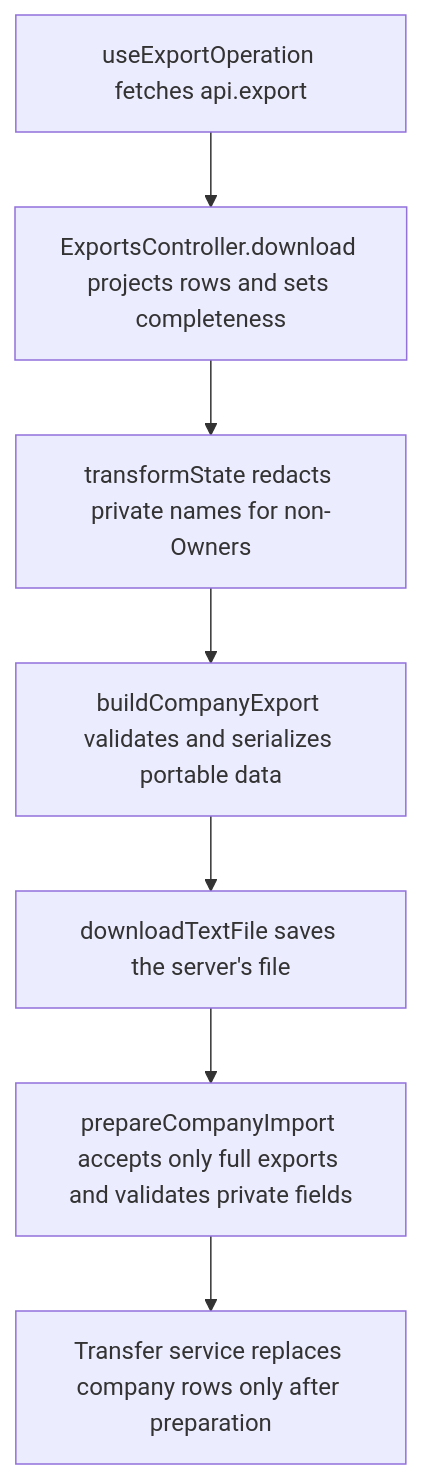
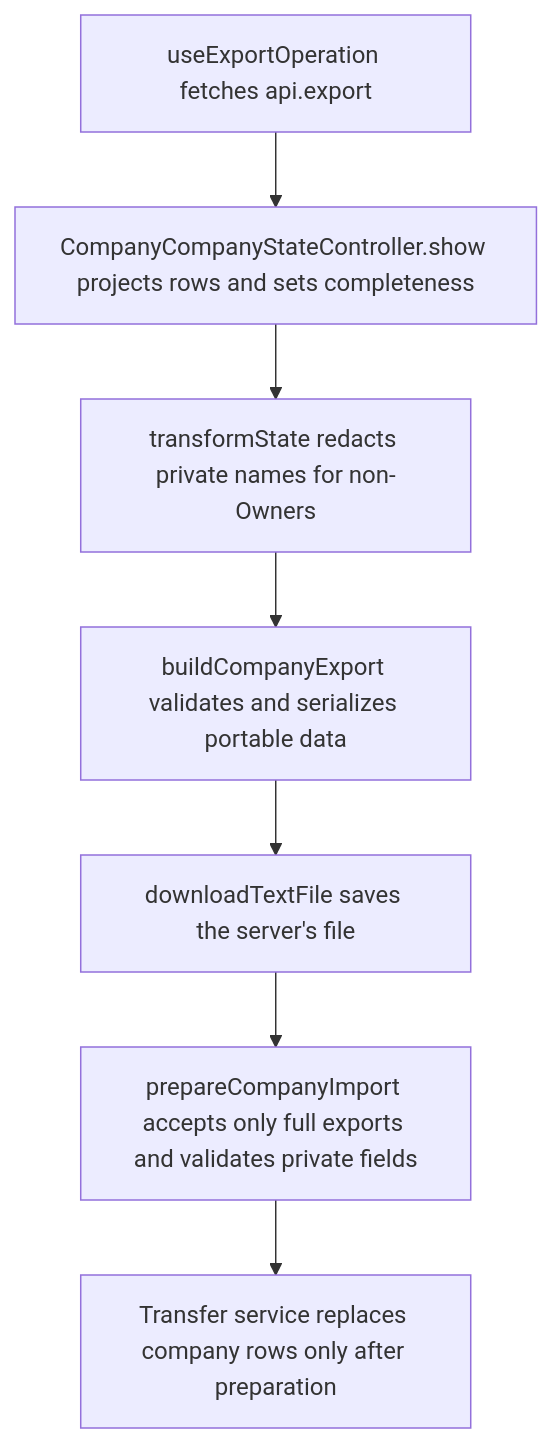
The second of 2 diagrams in user-stories/data/US-DAT-07-private-name-portability.md (Kevinjohn/capacitylens), drawn with Mermaid before and after one commit. The commit also changed other lines of this file and 139 other files, not shown here.

````diff
--- a/user-stories/data/US-DAT-07-private-name-portability.md
+++ b/user-stories/data/US-DAT-07-private-name-portability.md
@@ -29,9 +29,9 @@
 ```mermaid
 flowchart TD
-  fetch["useExportOperation fetches api.export"] --> role["ExportsController.download projects rows and sets completeness"]
+  fetch["useExportOperation fetches api.export"] --> role["CompanyCompanyStateController.show projects rows and sets completeness"]
   role --> project["transformState redacts private names for non-Owners"]
   project --> beta["buildCompanyExport validates and serializes portable data"]
   beta --> file["downloadTextFile saves the server's file"]
   file --> import["prepareCompanyImport accepts only full exports and validates private fields"]
   import --> replace["Transfer service replaces company rows only after preparation"]
 ```
````
